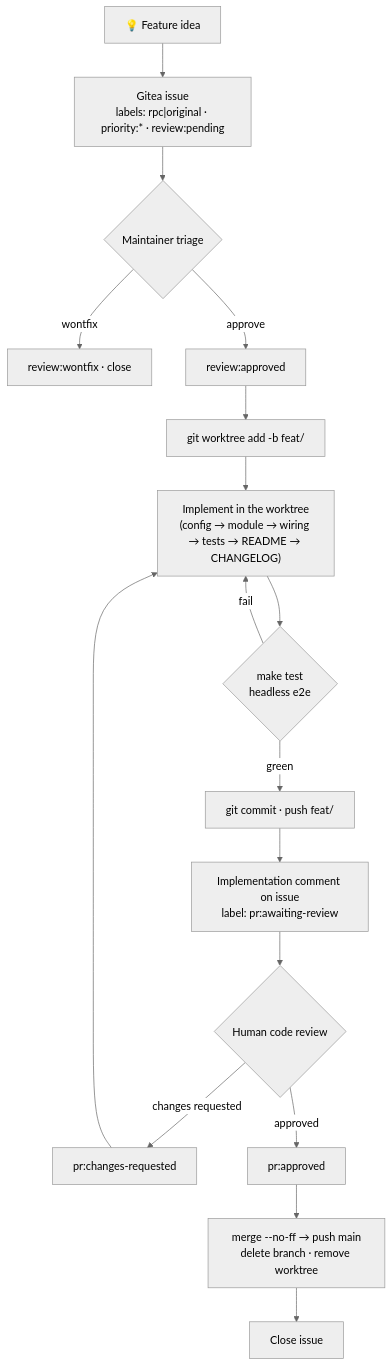
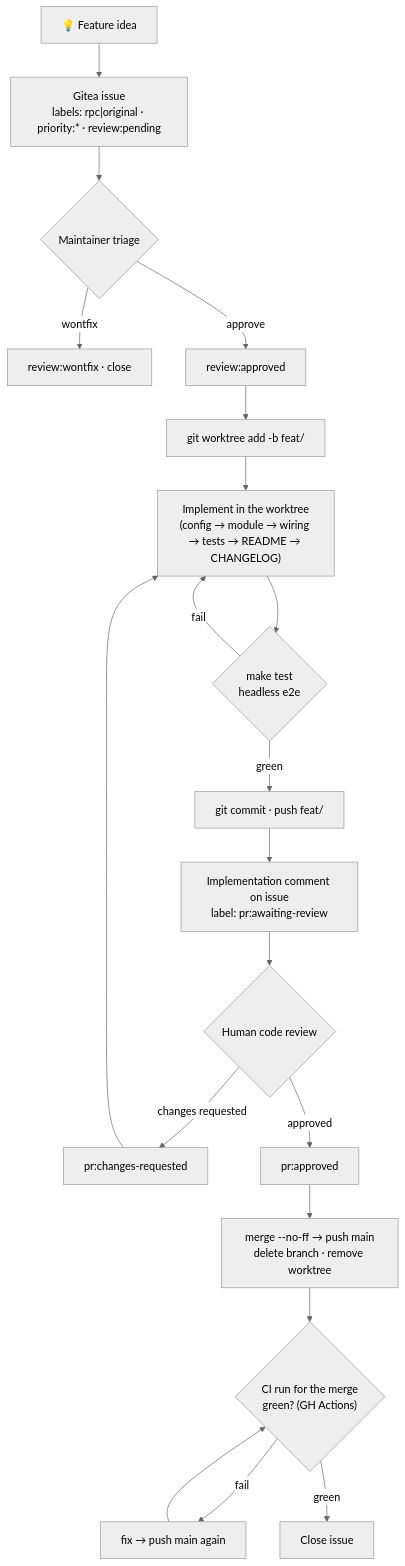
Before and after one commit to saya-ashen/agent-workbench.nvim: the diagram in .agents/skills/develop/SKILL.md, drawn with Mermaid (neutral theme). The commit also changed other lines of this file and 1 other file, not shown here.

````diff
--- a/.agents/skills/develop/SKILL.md
+++ b/.agents/skills/develop/SKILL.md
@@ -12,18 +12,20 @@
 ```mermaid
 flowchart TD
     A["💡 Feature idea"] --> B["Gitea issue\nlabels: rpc|original · priority:* · review:pending"]
     B --> C{"Maintainer triage"}
     C -- wontfix --> D["review:wontfix · close"]
     C -- approve --> E["review:approved"]
     E --> F["git worktree add <wt> -b feat/<name>"]
     F --> G["Implement in the worktree\n(config → module → wiring → tests → README → CHANGELOG)"]
     G --> H{"make test\nheadless e2e"}
     H -- fail --> G
     H -- green --> I["git commit · push feat/<name>"]
     I --> J["Implementation comment on issue\nlabel: pr:awaiting-review"]
     J --> K{"Human code review"}
     K -- changes requested --> L["pr:changes-requested"] --> G
     K -- approved --> M["pr:approved"]
     M --> N["merge --no-ff → push main\ndelete branch · remove worktree"]
-    N --> O["Close issue"]
+    N --> P{"CI run for the merge\ngreen? (GH Actions)"}
+    P -- fail --> Q["fix → push main again"] --> P
+    P -- green --> O["Close issue"]
 ```
````
